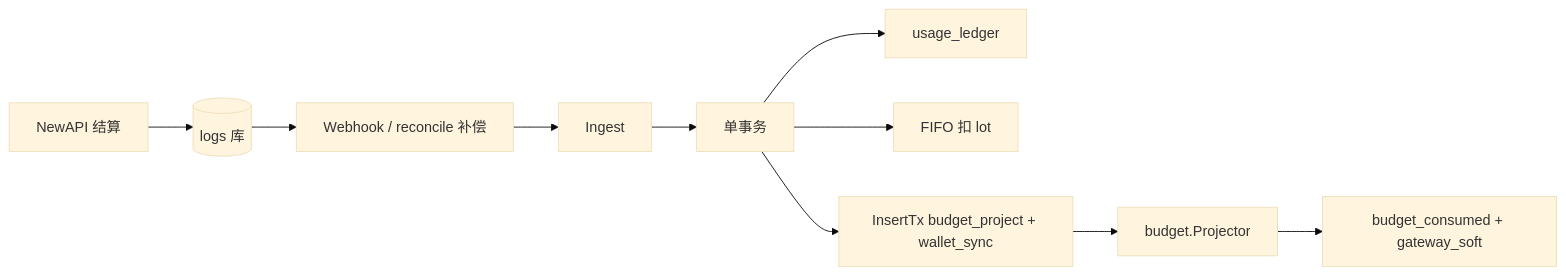
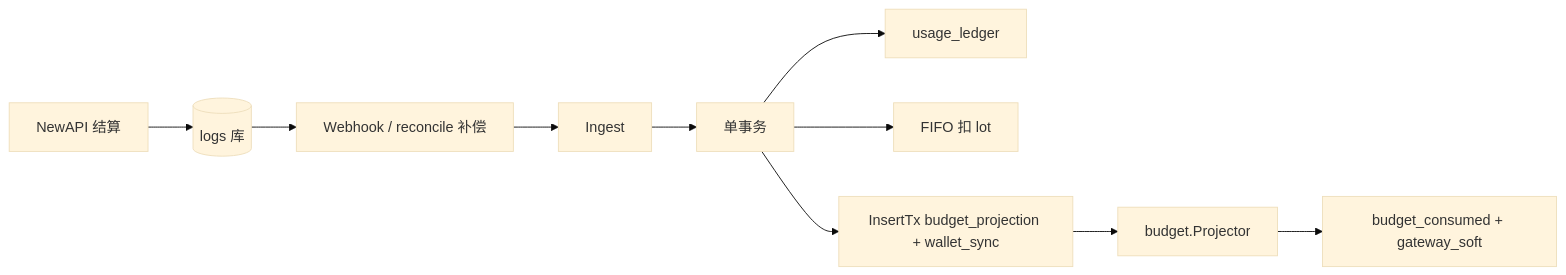
The seventh of 10 diagrams in docs/Backend-预算.md (quyip8818/mytokenjoy), drawn with Mermaid (base theme) before and after one commit. The commit also changed other lines of this file and 175 other files, not shown here.

````diff
--- a/docs/Backend-预算.md
+++ b/docs/Backend-预算.md
@@ -293,12 +291,12 @@
 ```mermaid
 flowchart LR
   NA[NewAPI 结算] --> LOGS[(logs 库)]
   LOGS --> WH[Webhook / reconcile 补偿]
   WH --> ING[Ingest]
   ING --> TX[单事务]
   TX --> L[usage_ledger]
   TX --> F[FIFO 扣 lot]
-  TX --> Q[InsertTx budget_project + wallet_sync]
+  TX --> Q[InsertTx budget_projection + wallet_sync]
   Q --> BP[budget.Projector]
   BP --> BC[budget_consumed + gateway_soft]
 ```
````
